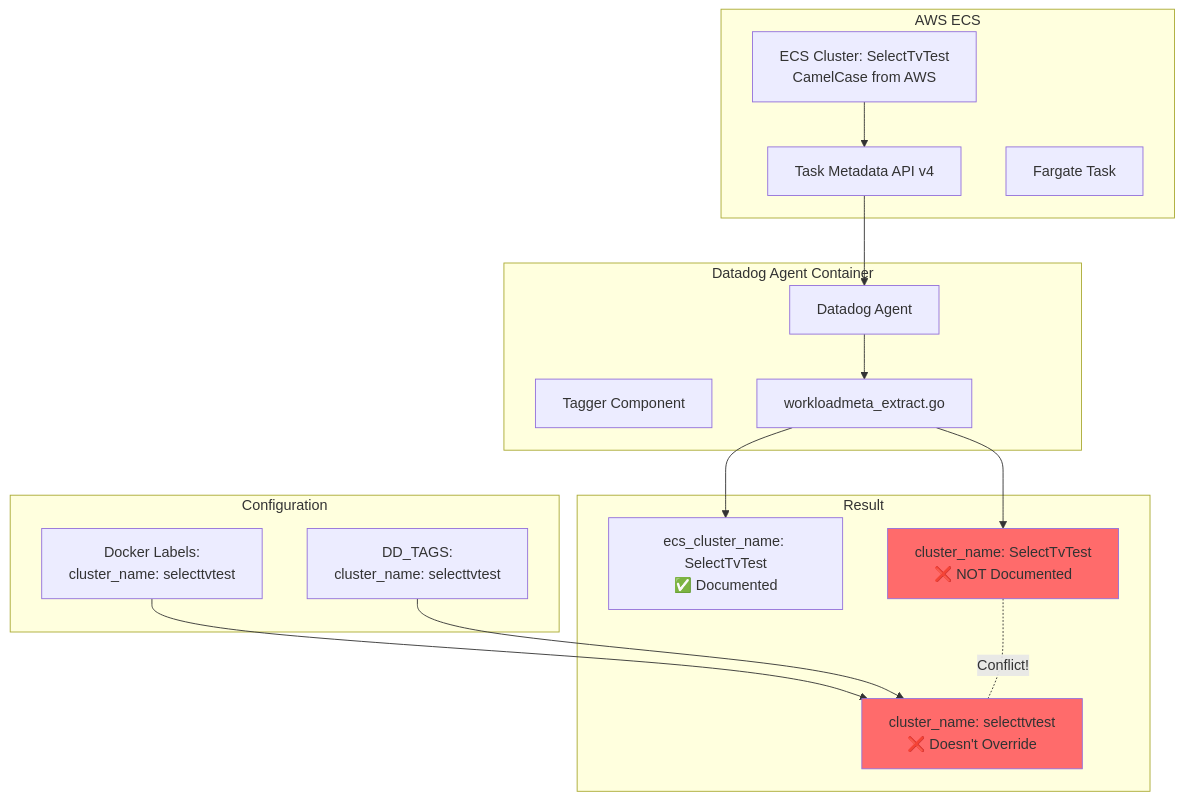
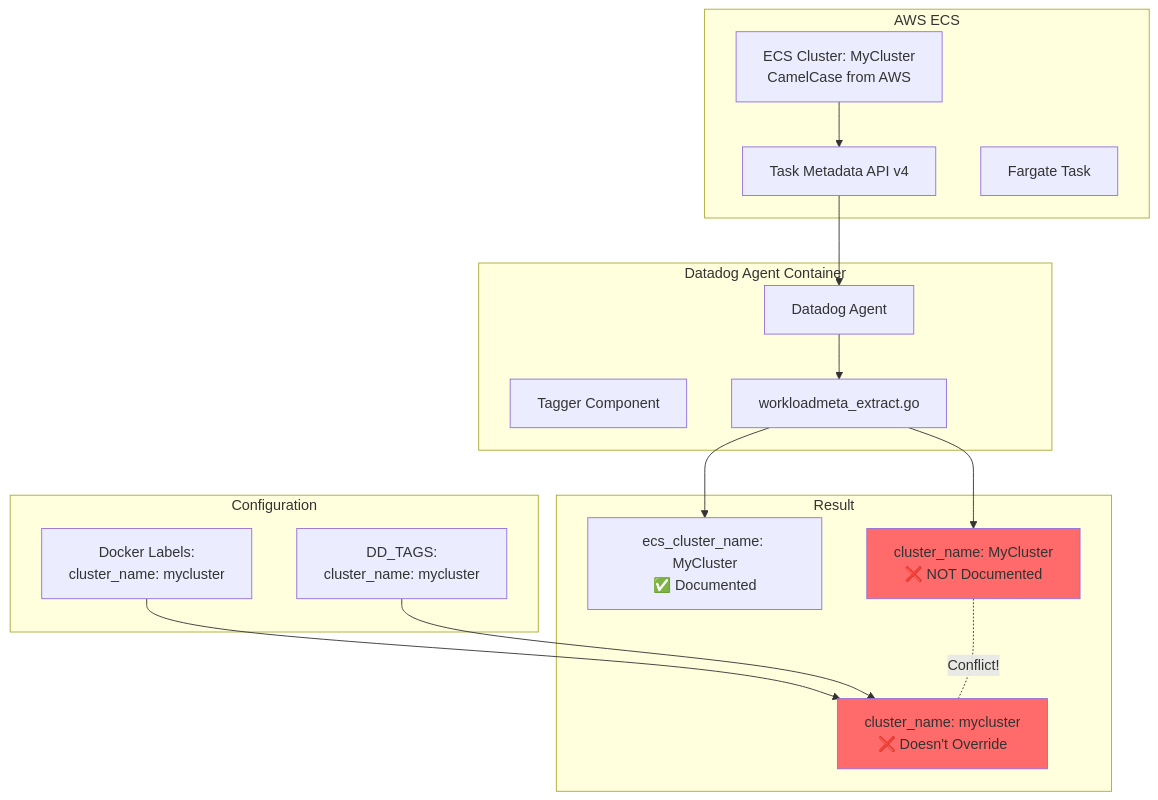
Before and after one commit to ddalexvea/datadog-sandboxes-by-ai: the diagram in ecs-fargate/tag-case-sensitivity/README.md, drawn with Mermaid. The commit also changed other lines of this file, not shown here.

First line of the commit message:
Remove customer-specific information (ticket #, SelectTvTest)

````diff
--- a/ecs-fargate/tag-case-sensitivity/README.md
+++ b/ecs-fargate/tag-case-sensitivity/README.md
@@ -30,38 +29,38 @@
 ```mermaid
 graph TB
     subgraph "AWS ECS"
-        ECS[ECS Cluster: SelectTvTest<br/>CamelCase from AWS]
+        ECS[ECS Cluster: MyCluster<br/>CamelCase from AWS]
         META[Task Metadata API v4]
         TASK[Fargate Task]
     end
     
     subgraph "Datadog Agent Container"
         AGENT[Datadog Agent]
         TAGGER[Tagger Component]
         EXTRACT[workloadmeta_extract.go]
     end
     
     subgraph "Configuration"
-        LABELS[Docker Labels:<br/>cluster_name: selecttvtest]
-        DDTAGS[DD_TAGS:<br/>cluster_name: selecttvtest]
+        LABELS[Docker Labels:<br/>cluster_name: mycluster]
+        DDTAGS[DD_TAGS:<br/>cluster_name: mycluster]
     end
     
     subgraph "Result"
-        AUTO1[ecs_cluster_name: SelectTvTest<br/>✅ Documented]
-        AUTO2[cluster_name: SelectTvTest<br/>❌ NOT Documented]
-        CUSTOM[cluster_name: selecttvtest<br/>❌ Doesn't Override]
+        AUTO1[ecs_cluster_name: MyCluster<br/>✅ Documented]
+        AUTO2[cluster_name: MyCluster<br/>❌ NOT Documented]
+        CUSTOM[cluster_name: mycluster<br/>❌ Doesn't Override]
     end
     
     ECS --> META
     META --> AGENT
     AGENT --> EXTRACT
     EXTRACT --> AUTO1
     EXTRACT --> AUTO2
     LABELS --> CUSTOM
     DDTAGS --> CUSTOM
     
     AUTO2 -.Conflict!.- CUSTOM
     
     style AUTO2 fill:#ff6b6b
     style CUSTOM fill:#ff6b6b
 ```
````
